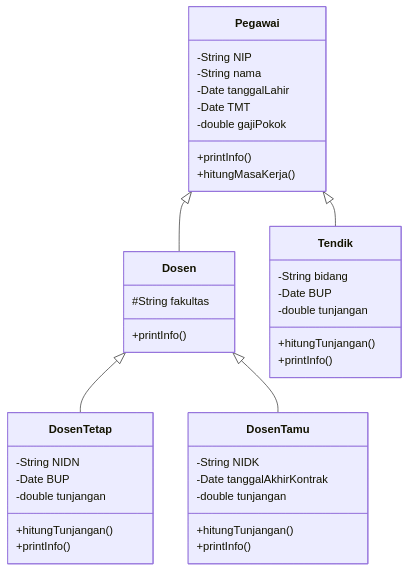
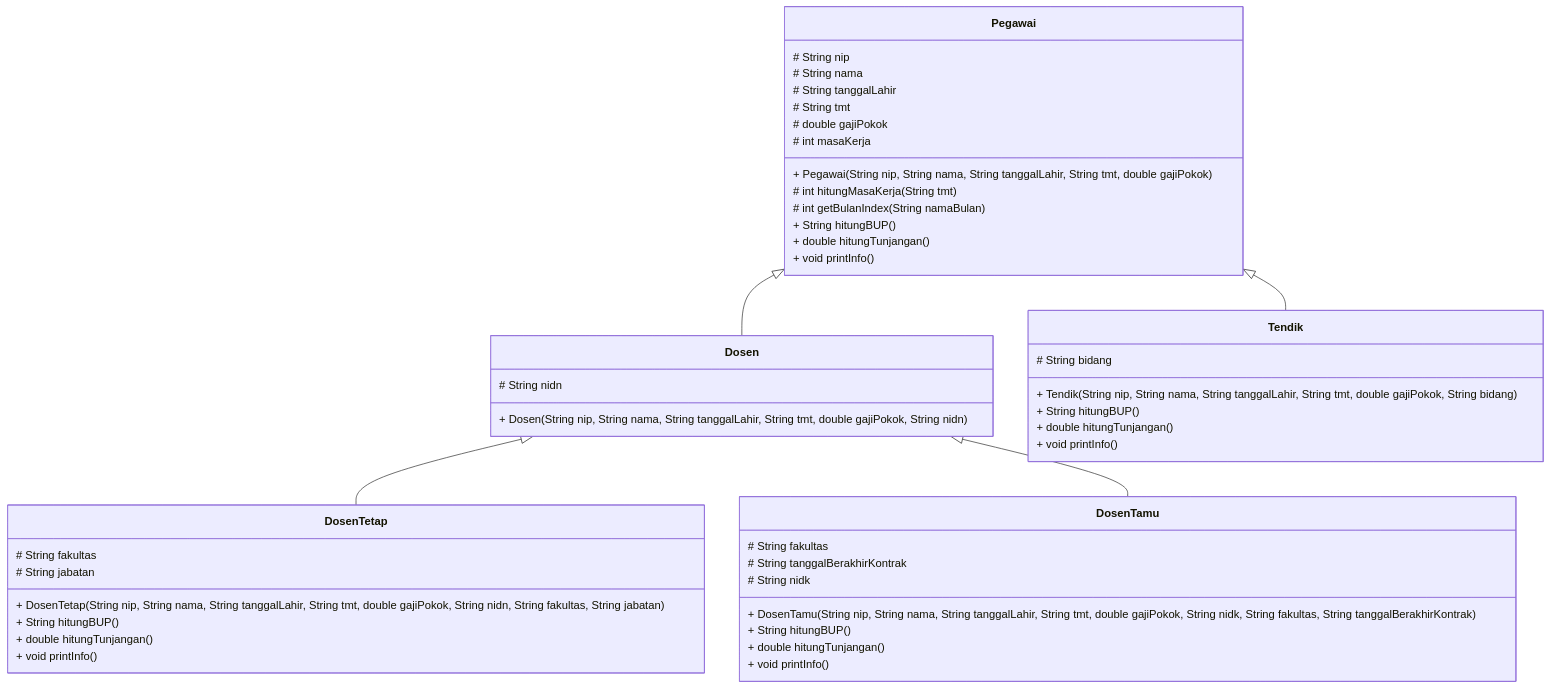
Before and after one commit to umarfaqih-20003/Praktikum-PBO-E2: the diagram in praktikum-4/LATIHAN-4/UML_Latihan.md, drawn with Mermaid. The commit also changed 7 other files, not shown here.

````diff
--- a/praktikum-4/LATIHAN-4/UML_Latihan.md
+++ b/praktikum-4/LATIHAN-4/UML_Latihan.md
@@ -1,46 +1,59 @@
 ```mermaid
 classDiagram
     Pegawai <|-- Dosen
     Pegawai <|-- Tendik
     Dosen <|-- DosenTetap
     Dosen <|-- DosenTamu
     
     class Pegawai {
-        -String NIP
-        -String nama
-        -Date tanggalLahir
-        -Date TMT
-        -double gajiPokok
-        +printInfo()
-        +hitungMasaKerja()
+        # String nip
+        # String nama
+        # String tanggalLahir
+        # String tmt
+        # double gajiPokok
+        # int masaKerja
+        
+        + Pegawai(String nip, String nama, String tanggalLahir, String tmt, double gajiPokok)
+        # int hitungMasaKerja(String tmt)
+        # int getBulanIndex(String namaBulan)
+        + String hitungBUP()
+        + double hitungTunjangan()
+        + void printInfo()
     }
     
     class Dosen {
-        #String fakultas
-        +printInfo()
+        # String nidn
+
+        + Dosen(String nip, String nama, String tanggalLahir, String tmt, double gajiPokok, String nidn)
     }
     
     class DosenTetap {
-        -String NIDN
-        -Date BUP
-        -double tunjangan
-        +hitungTunjangan()
-        +printInfo()
+        # String fakultas
+        # String jabatan
+
+        + DosenTetap(String nip, String nama, String tanggalLahir, String tmt, double gajiPokok, String nidn, String fakultas, String jabatan)
+        + String hitungBUP()
+        + double hitungTunjangan()
+        + void printInfo()
     }
     
     class DosenTamu {
-        -String NIDK
-        -Date tanggalAkhirKontrak
-        -double tunjangan
-        +hitungTunjangan()
-        +printInfo()
+        # String fakultas
+        # String tanggalBerakhirKontrak
+        # String nidk
+
+        + DosenTamu(String nip, String nama, String tanggalLahir, String tmt, double gajiPokok, String nidk, String fakultas, String tanggalBerakhirKontrak)
+        + String hitungBUP()
+        + double hitungTunjangan()
+        + void printInfo()
     }
     
     class Tendik {
-        -String bidang
-        -Date BUP
-        -double tunjangan
-        +hitungTunjangan()
-        +printInfo()
+        # String bidang
+
+        + Tendik(String nip, String nama, String tanggalLahir, String tmt, double gajiPokok, String bidang)
+        + String hitungBUP()
+        + double hitungTunjangan()
+        + void printInfo()
     }
 ```
````
